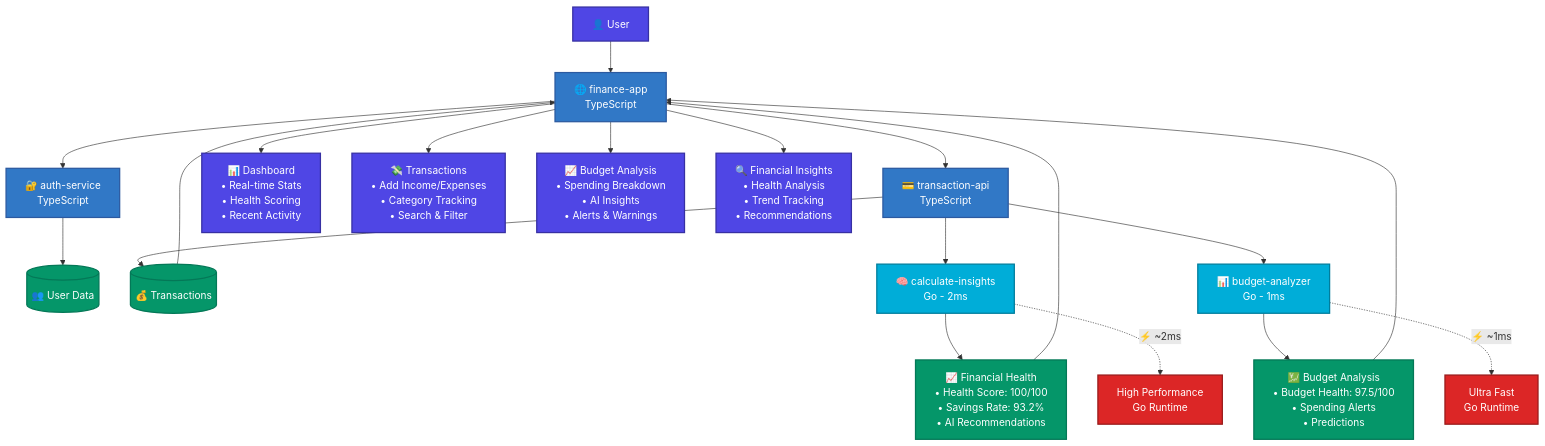
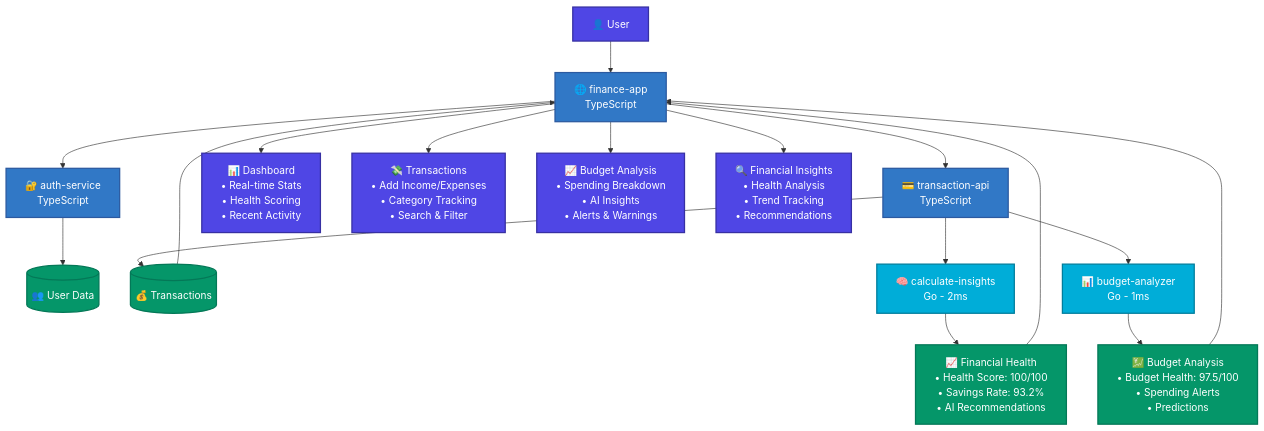
Before and after one commit to alob-mtc/invok-personal-finance-tracker: the first of 2 diagrams in README.md, drawn with Mermaid.

````diff
--- a/README.md
+++ b/README.md
@@ -18,48 +18,44 @@
 ```mermaid
 graph TD
     %% User Interface Layer
     User[👤 User] --> WebApp[🌐 finance-app<br/>TypeScript]
     
     %% Authentication Flow
     WebApp --> Auth[🔐 auth-service<br/>TypeScript]
     Auth --> AuthDB[(👥 User Data)]
     
     %% Main Application Flow
     WebApp --> TransAPI[💳 transaction-api<br/>TypeScript]
     TransAPI --> TransDB[(💰 Transactions)]
     
     %% Data Processing Layer
     TransAPI --> Insights[🧠 calculate-insights<br/>Go - 2ms]
     TransAPI --> Budget[📊 budget-analyzer<br/>Go - 1ms]
     
     %% Data Flow Back to UI
     Insights --> InsightData[📈 Financial Health<br/>• Health Score: 100/100<br/>• Savings Rate: 93.2%<br/>• AI Recommendations]
     Budget --> BudgetData[💹 Budget Analysis<br/>• Budget Health: 97.5/100<br/>• Spending Alerts<br/>• Predictions]
     
     InsightData --> WebApp
     BudgetData --> WebApp
     TransDB --> WebApp
     
     %% User Actions
     WebApp --> Dashboard[📊 Dashboard<br/>• Real-time Stats<br/>• Health Scoring<br/>• Recent Activity]
     WebApp --> Transactions[💸 Transactions<br/>• Add Income/Expenses<br/>• Category Tracking<br/>• Search & Filter]
     WebApp --> BudgetView[📈 Budget Analysis<br/>• Spending Breakdown<br/>• AI Insights<br/>• Alerts & Warnings]
     WebApp --> InsightsView[🔍 Financial Insights<br/>• Health Analysis<br/>• Trend Tracking<br/>• Recommendations]
     
-    %% Performance Indicators
-    Insights -.->|⚡ ~2ms| PerfGo1[High Performance<br/>Go Runtime]
-    Budget -.->|⚡ ~1ms| PerfGo2[Ultra Fast<br/>Go Runtime]
-    
     %% Runtime Classification
     classDef goFunction fill:#00ADD8,stroke:#007d9c,stroke-width:2px,color:#fff
     classDef tsFunction fill:#3178C6,stroke:#2c5aa0,stroke-width:2px,color:#fff
     classDef userInterface fill:#4F46E5,stroke:#3730a3,stroke-width:2px,color:#fff
     classDef dataStore fill:#059669,stroke:#047857,stroke-width:2px,color:#fff
     classDef performance fill:#DC2626,stroke:#991b1b,stroke-width:2px,color:#fff
     
     class Insights,Budget goFunction
     class WebApp,Auth,TransAPI tsFunction
     class User,Dashboard,Transactions,BudgetView,InsightsView userInterface
     class AuthDB,TransDB,InsightData,BudgetData dataStore
     class PerfGo1,PerfGo2 performance
 ```
````
